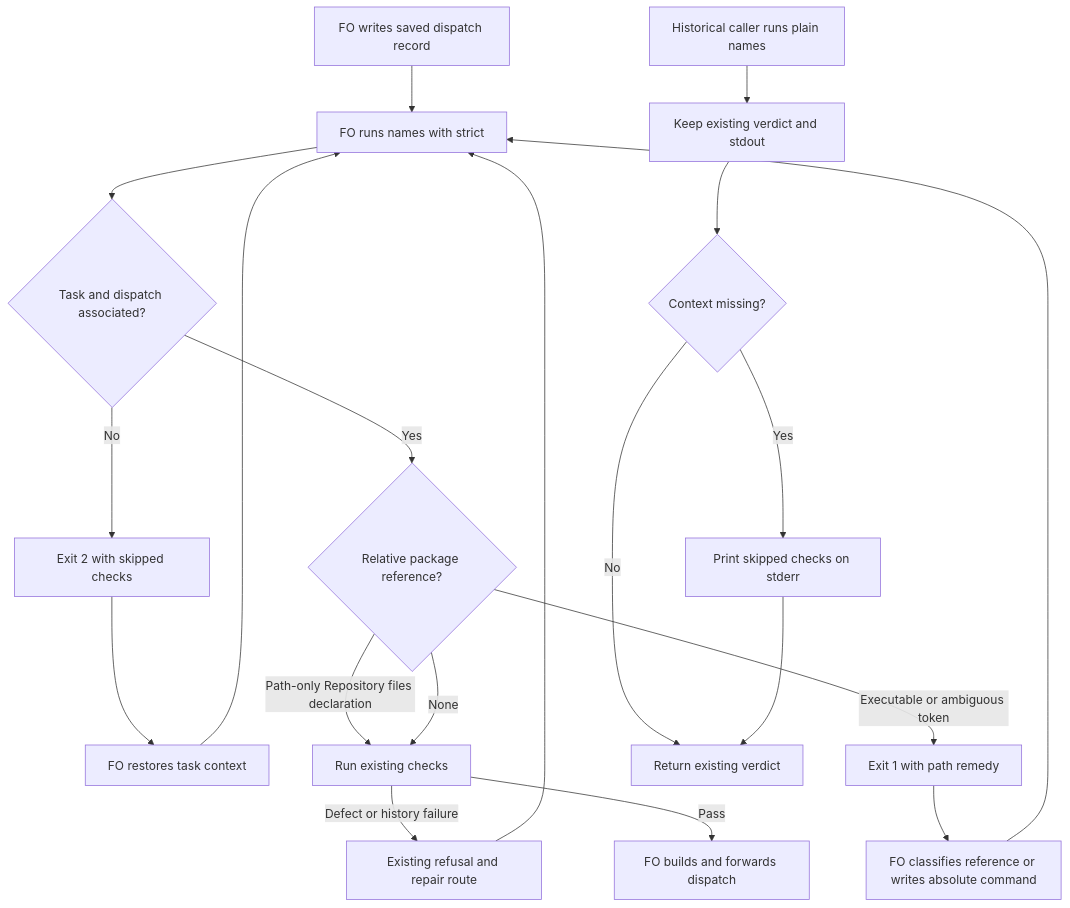
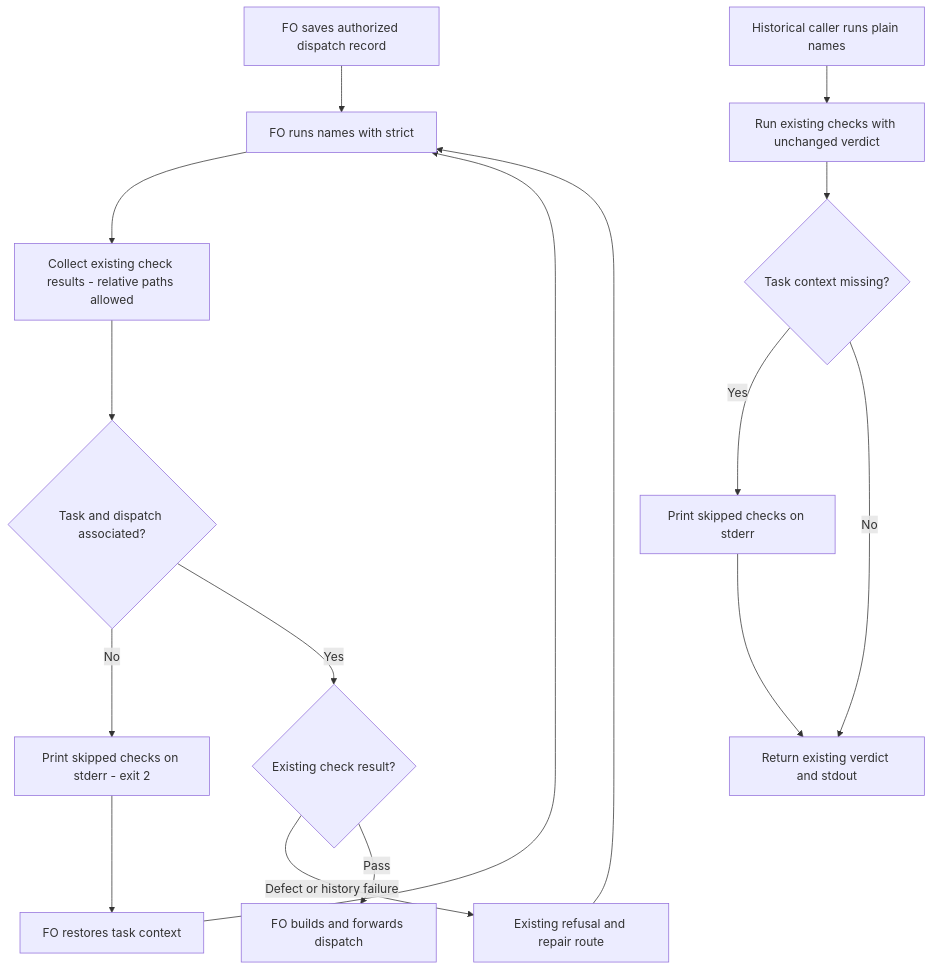
The diagram in names-check-says-what-it-skipped.md (iamcxa/kc-claude-plugins), drawn with Mermaid before and after one commit. The commit also changed other lines of this file, not shown here.

Commit message:
docs(dev2): revise names check design to context-only strict mode

````diff
--- a/names-check-says-what-it-skipped.md
+++ b/names-check-says-what-it-skipped.md
@@ -96,22 +91,18 @@
 ```mermaid
 flowchart TD
-  A[FO writes saved dispatch record] --> B[FO runs names with strict]
-  B --> C{Task and dispatch associated?}
-  C -->|No| D[Exit 2 with skipped checks]
+  A[FO saves authorized dispatch record] --> B[FO runs names with strict]
+  B --> R[Collect existing check results - relative paths allowed]
+  R --> C{Task and dispatch associated?}
+  C -->|No| D[Print skipped checks on stderr - exit 2]
   D --> E[FO restores task context]
   E --> B
-  C -->|Yes| F{Relative package reference?}
-  F -->|Path-only Repository files declaration| G[Run existing checks]
-  F -->|Executable or ambiguous token| H[Exit 1 with path remedy]
-  H --> I[FO classifies reference or writes absolute command]
-  I --> B
-  F -->|None| G
-  G -->|Defect or history failure| J[Existing refusal and repair route]
-  J --> B
-  G -->|Pass| K[FO builds and forwards dispatch]
-  L[Historical caller runs plain names] --> M[Keep existing verdict and stdout]
-  M --> N{Context missing?}
-  N -->|Yes| O[Print skipped checks on stderr]
-  N -->|No| P[Return existing verdict]
-  O --> P
+  C -->|Yes| F{Existing check result?}
+  F -->|Defect or history failure| G[Existing refusal and repair route]
+  G --> B
+  F -->|Pass| H[FO builds and forwards dispatch]
+  I[Historical caller runs plain names] --> J[Run existing checks with unchanged verdict]
+  J --> K{Task context missing?}
+  K -->|Yes| L[Print skipped checks on stderr]
+  K -->|No| M[Return existing verdict and stdout]
+  L --> M
 ```
````
